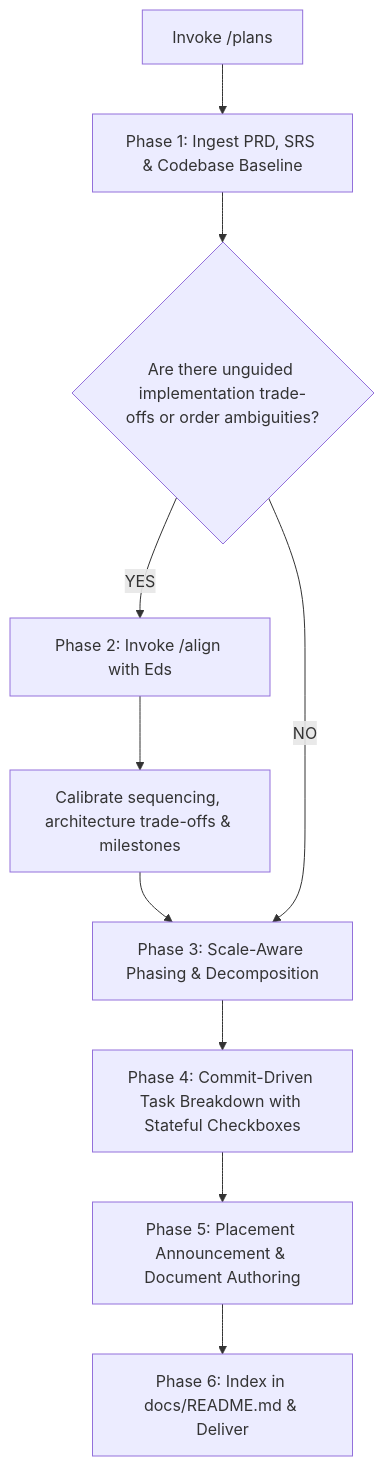
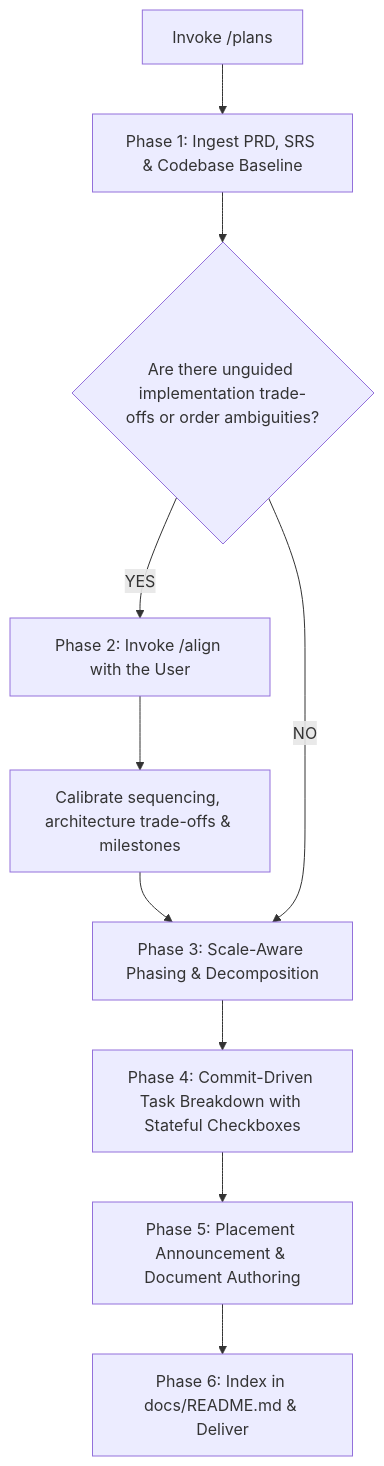
One commit to dimsedra/skills changed the diagram in plans/SKILL.md. Above: the diagram before and after it, drawn with Mermaid. The commit also changed other lines of this file and 4 other files, not shown here.

````diff
--- a/plans/SKILL.md
+++ b/plans/SKILL.md
@@ -18,12 +18,12 @@
 ```mermaid
 flowchart TD
     A["Invoke /plans"] --> B["Phase 1: Ingest PRD, SRS & Codebase Baseline"]
     B --> C{"Are there unguided implementation trade-offs or order ambiguities?"}
-    C -- YES --> D["Phase 2: Invoke /align with Eds"]
+    C -- YES --> D["Phase 2: Invoke /align with the User"]
     D --> E["Calibrate sequencing, architecture trade-offs & milestones"]
     E --> F["Phase 3: Scale-Aware Phasing & Decomposition"]
     C -- NO --> F
     F --> G["Phase 4: Commit-Driven Task Breakdown with Stateful Checkboxes"]
     G --> H["Phase 5: Placement Announcement & Document Authoring"]
     H --> I["Phase 6: Index in docs/README.md & Deliver"]
 ```
````
